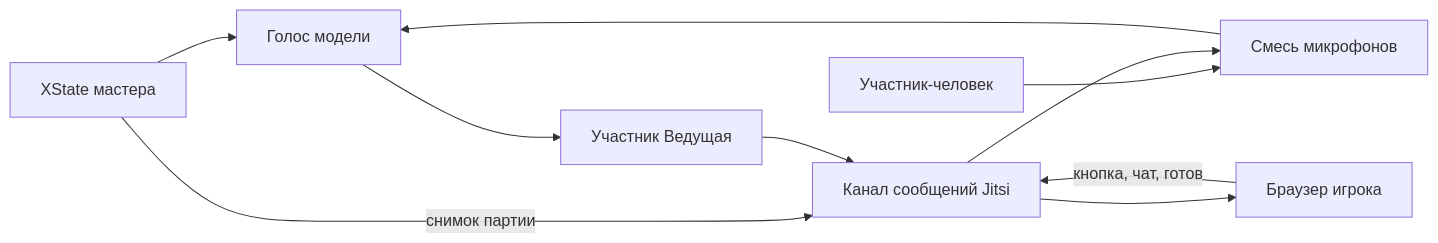
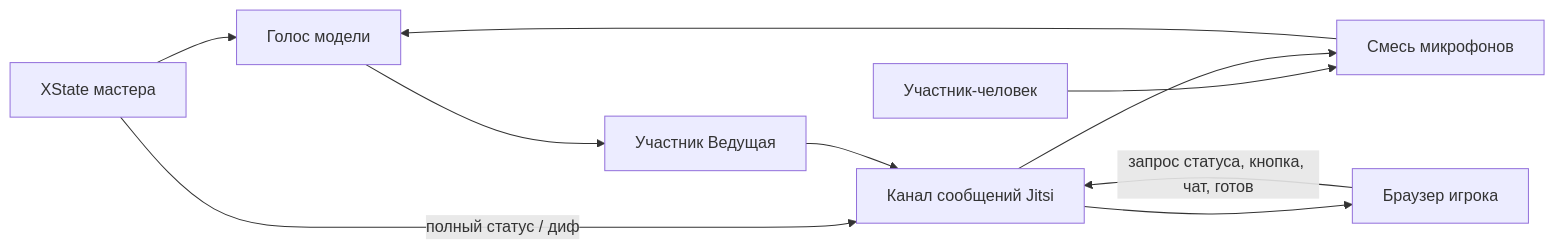
The diagram in docs/ONLINE.md (roginvs/aisigame), drawn with Mermaid before and after one commit. The commit also changed other lines of this file and 29 other files, not shown here.

````diff
--- a/docs/ONLINE.md
+++ b/docs/ONLINE.md
@@ -11,19 +11,19 @@
 ```mermaid
 flowchart LR
   Machine[XState мастера]
   Voice[Голос модели]
   Mix[Смесь микрофонов]
   Human[Участник-человек]
   Bot[Участник Ведущая]
   Bridge[Канал сообщений Jitsi]
   Joiner[Браузер игрока]
   Machine --> Voice
   Voice --> Bot
   Human --> Mix
   Bridge --> Mix
   Mix --> Voice
-  Machine -->|"снимок партии"| Bridge
-  Joiner -->|"кнопка, чат, готов"| Bridge
+  Machine -->|"полный статус / диф"| Bridge
+  Joiner -->|"запрос статуса, кнопка, чат, готов"| Bridge
   Bridge --> Joiner
   Bot --> Bridge
 ```
````
